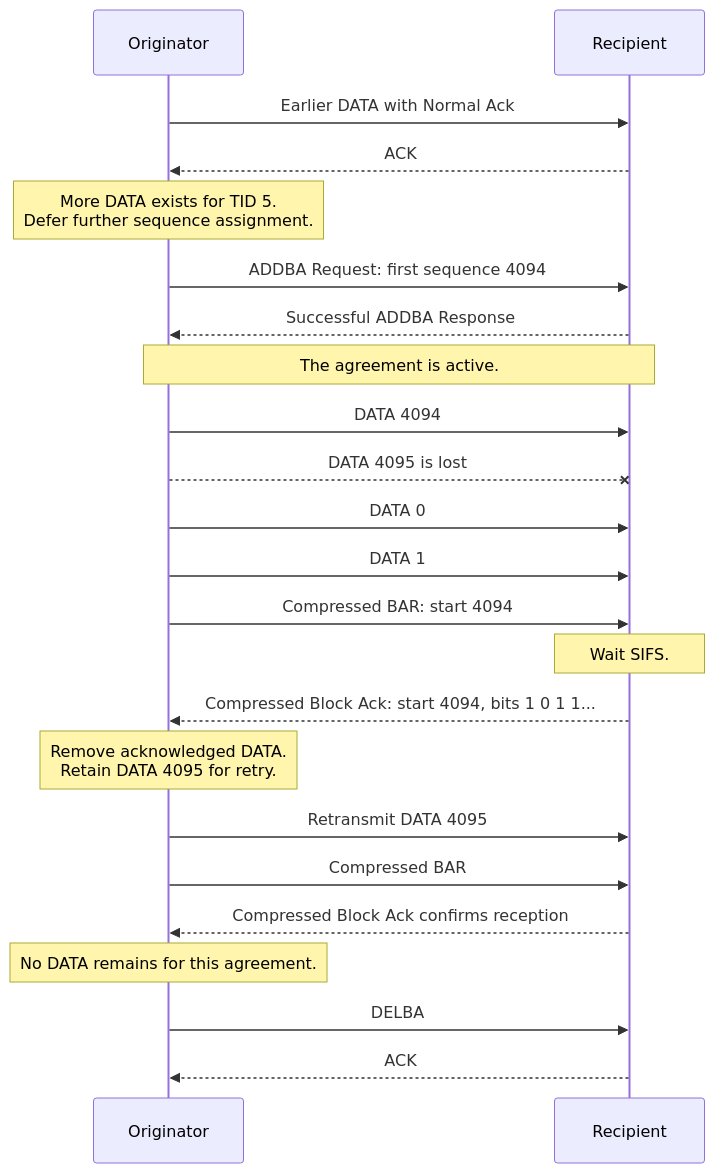
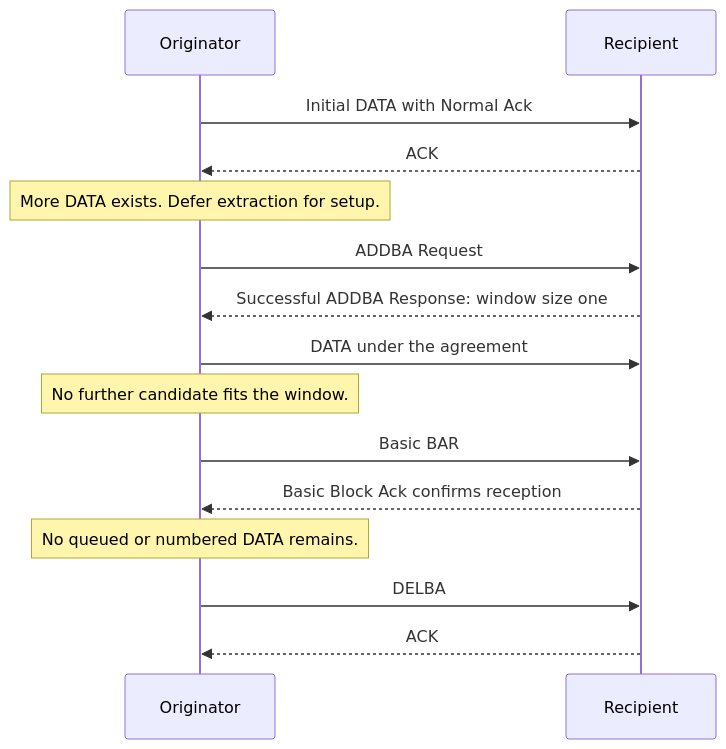
The diagram in plan/pending/ieee80211-compressed-blockack-replacement-summary.md (inet-framework/inet), drawn with Mermaid before and after one commit. The commit also changed other lines of this file and 6 other files, not shown here.

````diff
--- a/plan/pending/ieee80211-compressed-blockack-replacement-summary.md
+++ b/plan/pending/ieee80211-compressed-blockack-replacement-summary.md
@@ -37,31 +35,17 @@
 ```mermaid
 sequenceDiagram
     participant O as Originator
     participant R as Recipient
-
-    O->>R: Earlier DATA with Normal Ack
+    O->>R: Initial DATA with Normal Ack
     R-->>O: ACK
-    Note over O: More DATA exists for TID 5.<br/>Defer further sequence assignment.
-
-    O->>R: ADDBA Request: first sequence 4094
-    R-->>O: Successful ADDBA Response
-    Note over O,R: The agreement is active.
-
-    O->>R: DATA 4094
-    O--xR: DATA 4095 is lost
-    O->>R: DATA 0
-    O->>R: DATA 1
-
-    O->>R: Compressed BAR: start 4094
-    Note over R: Wait SIFS.
-    R-->>O: Compressed Block Ack: start 4094, bits 1 0 1 1...
-
-    Note over O: Remove acknowledged DATA.<br/>Retain DATA 4095 for retry.
-    O->>R: Retransmit DATA 4095
-    O->>R: Compressed BAR
-    R-->>O: Compressed Block Ack confirms reception
-
-    Note over O: No DATA remains for this agreement.
+    Note over O: More DATA exists. Defer extraction for setup.
+    O->>R: ADDBA Request
+    R-->>O: Successful ADDBA Response: window size one
+    O->>R: DATA under the agreement
+    Note over O: No further candidate fits the window.
+    O->>R: Basic BAR
+    R-->>O: Basic Block Ack confirms reception
+    Note over O: No queued or numbered DATA remains.
     O->>R: DELBA
     R-->>O: ACK
 ```
````
